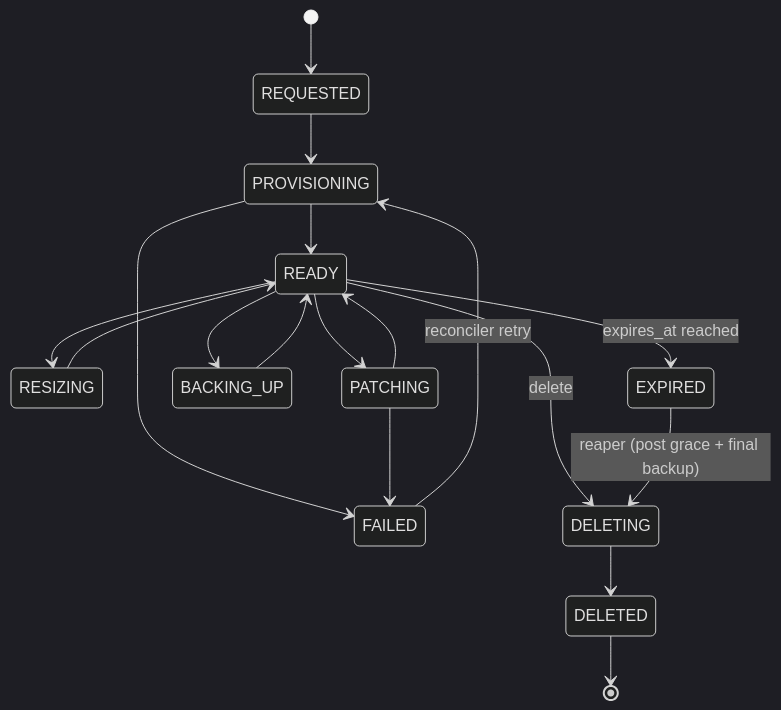
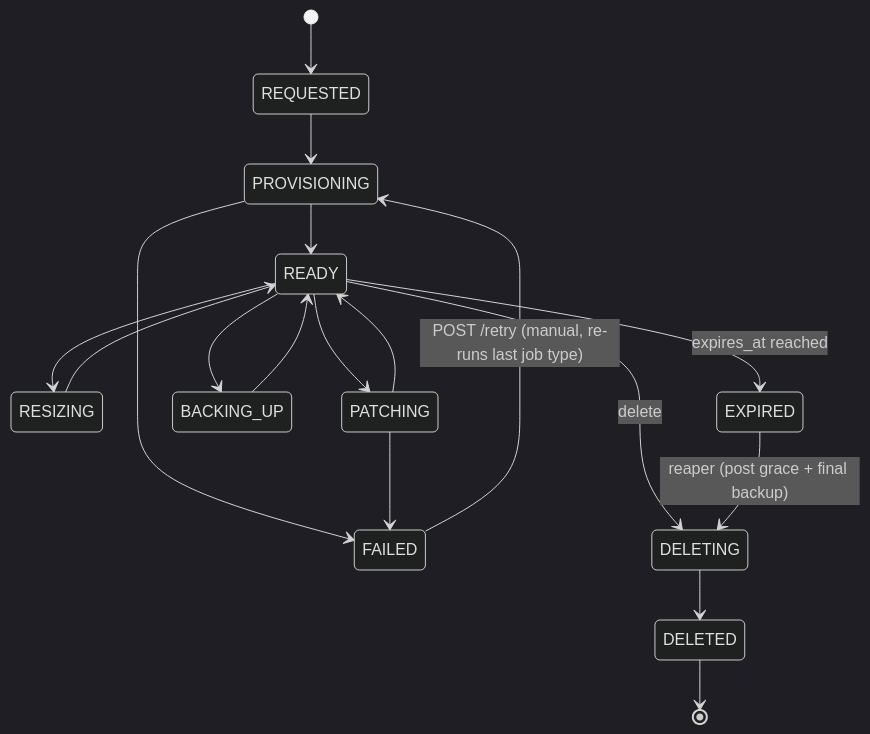
The fifth of 8 diagrams in docs/diagrams.md (machugram/minidbaas), drawn with Mermaid (dark theme) before and after one commit. The commit also changed 7 other files, not shown here.

````diff
--- a/docs/diagrams.md
+++ b/docs/diagrams.md
@@ -126,20 +126,20 @@
 ```mermaid
 stateDiagram-v2
     [*] --> REQUESTED
     REQUESTED --> PROVISIONING
     PROVISIONING --> READY
     PROVISIONING --> FAILED
     READY --> RESIZING
     READY --> PATCHING
     READY --> BACKING_UP
     RESIZING --> READY
     PATCHING --> READY
     PATCHING --> FAILED
     BACKING_UP --> READY
     READY --> EXPIRED: expires_at reached
     READY --> DELETING: delete
     EXPIRED --> DELETING: reaper (post grace + final backup)
-    FAILED --> PROVISIONING: reconciler retry
+    FAILED --> PROVISIONING: POST /retry (manual, re-runs last job type)
     DELETING --> DELETED
     DELETED --> [*]
 ```
````
